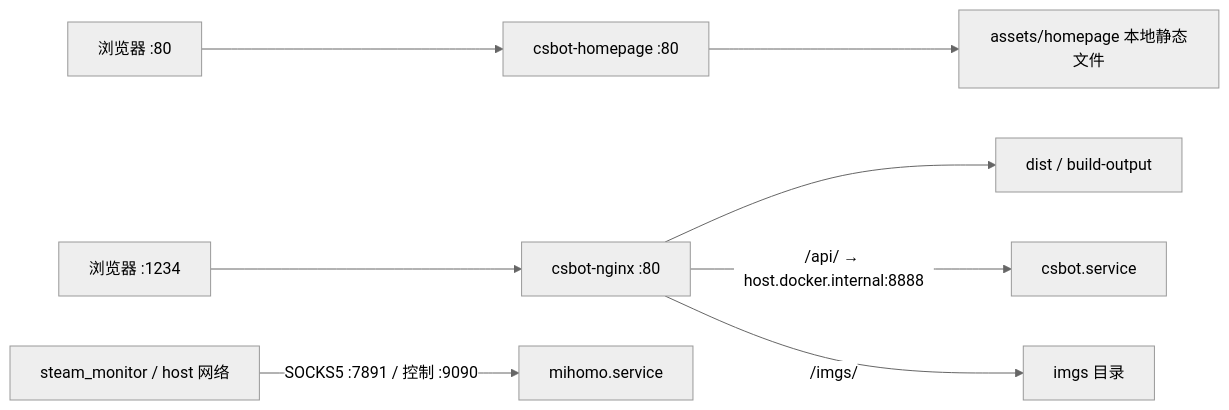
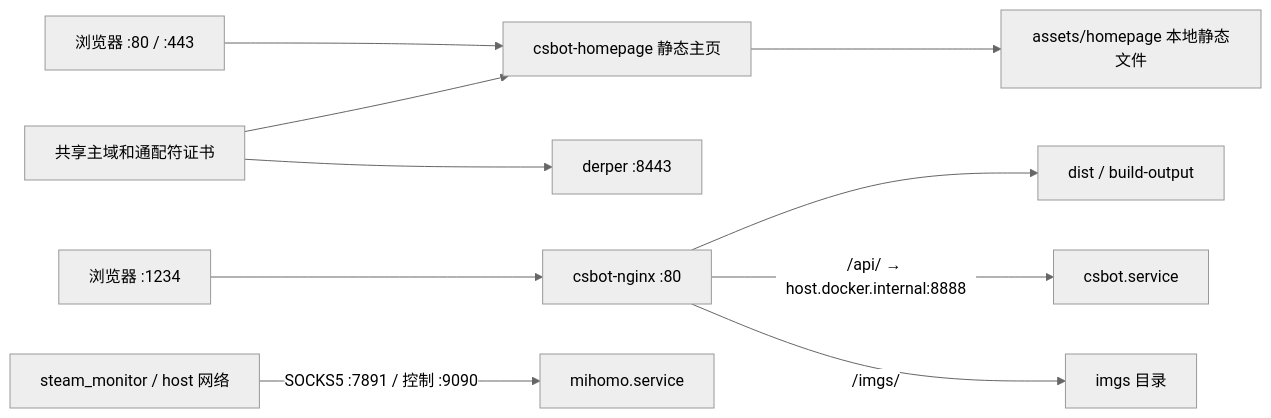
The diagram in SERVER_SERVICES.md (juruocjl/csbot-depoly), drawn with Mermaid (neutral theme) before and after one commit. The commit also changed other lines of this file and 2 other files, not shown here.

Commit message:
Document shared wildcard TLS issuance and HTTPS deployment

````diff
--- a/SERVER_SERVICES.md
+++ b/SERVER_SERVICES.md
@@ -178,10 +187,12 @@
 ```mermaid
 flowchart LR
-    HomepageBrowser[浏览器 :80] --> Homepage[csbot-homepage :80]
+    HomepageBrowser[浏览器 :80 / :443] --> Homepage[csbot-homepage 静态主页]
     Homepage --> HomepageFiles[assets/homepage 本地静态文件]
+    SharedTLS[共享主域和通配符证书] --> Homepage
+    SharedTLS --> DERP[derper :8443]
     Browser[浏览器 :1234] --> Nginx[csbot-nginx :80]
     Nginx --> Static[dist / build-output]
     Nginx -->|/api/ → host.docker.internal:8888| Backend[csbot.service]
     Nginx -->|/imgs/| Images[imgs 目录]
     Steam[steam_monitor / host 网络] -->|SOCKS5 :7891 / 控制 :9090| Mihomo[mihomo.service]
 ```
````
